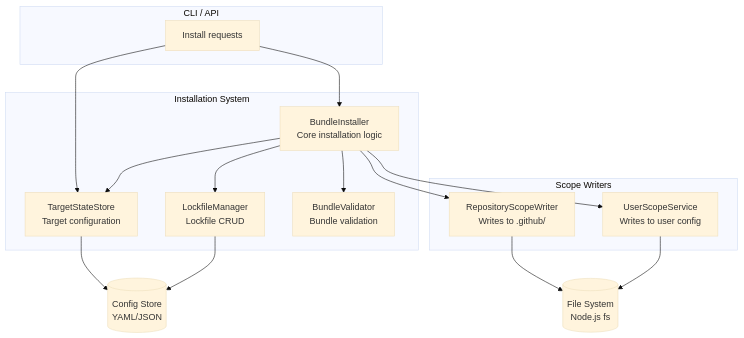
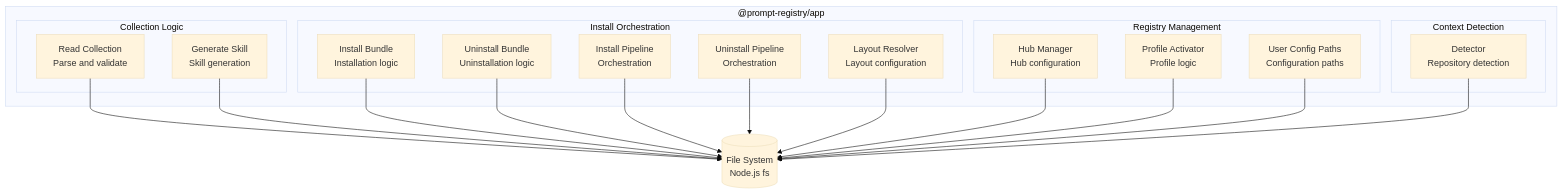
One commit to gblanc-1a/prompt-registry changed the third of 6 diagrams in docs/library-centric-architecture/component.md. Above: the diagram before and after it, drawn with Mermaid (base theme). The commit also changed other lines of this file and 4 other files, not shown here.

First line of the commit message:
docs: update C4 architecture documentation for current packages

````diff
--- a/docs/library-centric-architecture/component.md
+++ b/docs/library-centric-architecture/component.md
@@ -102,35 +189,44 @@
 ```mermaid
 flowchart TB
-    subgraph API["CLI / API"]
-        cli[Install requests]
+    subgraph App["@prompt-registry/app"]
+        subgraph Collection["Collection Logic"]
+            readColl[Read Collection<br/>Parse and validate]
+            genSkill[Generate Skill<br/>Skill generation]
+        end
+
+        subgraph Install["Install Orchestration"]
+            installBundle[Install Bundle<br/>Installation logic]
+            uninstallBundle[Uninstall Bundle<br/>Uninstallation logic]
+            installPipeline[Install Pipeline<br/>Orchestration]
+            uninstallPipeline[Uninstall Pipeline<br/>Orchestration]
+            layoutResolver[Layout Resolver<br/>Layout configuration]
+        end
+
+        subgraph Registry["Registry Management"]
+            hubMgr[Hub Manager<br/>Hub configuration]
+            profileActivator[Profile Activator<br/>Profile logic]
+            userConfigPaths[User Config Paths<br/>Configuration paths]
+        end
+
+        subgraph ContextDetection["Context Detection"]
+            detector[Detector<br/>Repository detection]
+        end
     end
 
-    subgraph Install["Installation System"]
-        installer[BundleInstaller<br/>Core installation logic]
-        targets[TargetStateStore<br/>Target configuration]
-        lockfile[LockfileManager<br/>Lockfile CRUD]
-        validator[BundleValidator<br/>Bundle validation]
-    end
-
-    subgraph Scopes["Scope Writers"]
-        repoScope[RepositoryScopeWriter<br/>Writes to .github/]
-        userScope[UserScopeService<br/>Writes to user config]
-    end
-
-    Config[(Config Store<br/>YAML/JSON)]
     FS[(File System<br/>Node.js fs)]
 
-    cli --> installer
-    cli --> targets
+    readColl --> FS
+    genSkill --> FS
 
-    installer --> targets
-    installer --> lockfile
-    installer --> validator
-    installer --> repoScope
-    installer --> userScope
+    installBundle --> FS
+    uninstallBundle --> FS
+    installPipeline --> FS
+    uninstallPipeline --> FS
+    layoutResolver --> FS
 
-    targets --> Config
-    lockfile --> Config
-    repoScope --> FS
-    userScope --> FS
+    hubMgr --> FS
+    profileActivator --> FS
+    userConfigPaths --> FS
+
+    detector --> FS
 ```
````
